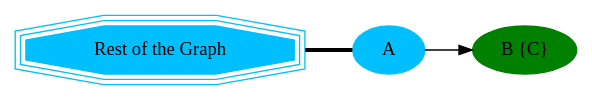
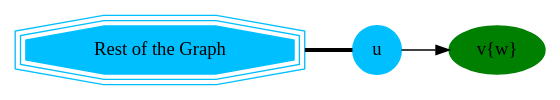
The sixth of 13 diagrams in doc/contraction/contraction-family.rst (pgRouting/pgrouting), drawn with Graphviz before and after one commit. The commit also changed other lines of this file and 5 other files, not shown here.

```diff
--- a/doc/contraction/contraction-family.rst
+++ b/doc/contraction/contraction-family.rst
@@ -116,13 +178,11 @@
 .. graphviz::
 
     digraph G {
-        A [style=filled;color=deepskyblue];
-        B [style=filled; color=green;label="B {C}";];
-        "G" [shape=tripleoctagon;
-        style=filled;color=deepskyblue;
-        label = "Rest of the Graph"];
+        u [shape=circle;style=filled;width=.4;color=deepskyblue];
+        v [style=filled; color=green, label="v{w}"];
+        "G" [shape=tripleoctagon;style=filled;color=deepskyblue; label = "Rest of the Graph"];
 
         rankdir=LR;
-        G -> A [dir=none, weight=1, penwidth=3];
-        A -> B;
+        G -> u [dir=none, weight=1, penwidth=3];
+        u -> v;
     }
```
